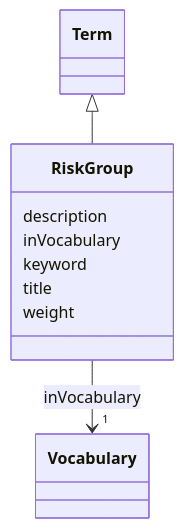
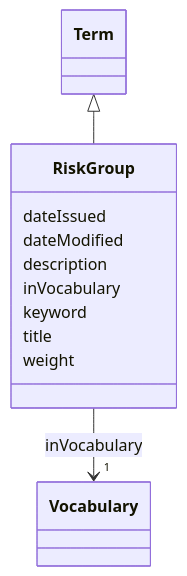
One commit to EVORA-project/evora-ontology changed the diagram in models/docs/RiskGroup.md. Above: the diagram before and after it, drawn with Mermaid. The commit also changed other lines of this file and 377 other files, not shown here.

````diff
--- a/models/docs/RiskGroup.md
+++ b/models/docs/RiskGroup.md
@@ -19,26 +19,30 @@
 ```mermaid
  classDiagram
     class RiskGroup
     click RiskGroup href "../RiskGroup"
       Term <|-- RiskGroup
         click Term href "../Term"
       
+      RiskGroup : dateIssued
+        
+      RiskGroup : dateModified
+        
       RiskGroup : description
         
       RiskGroup : inVocabulary
         
           
     
     
     RiskGroup --> "1" Vocabulary : inVocabulary
     click Vocabulary href "../Vocabulary"
 
         
       RiskGroup : keyword
         
       RiskGroup : title
         
       RiskGroup : weight
         
       
 ```
````
